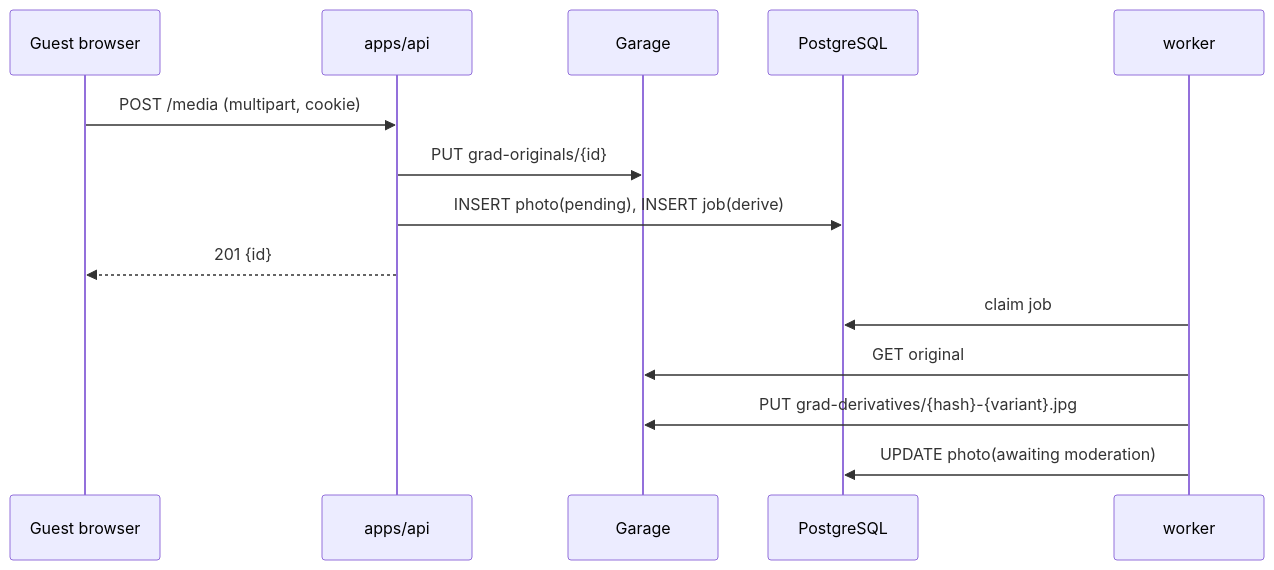
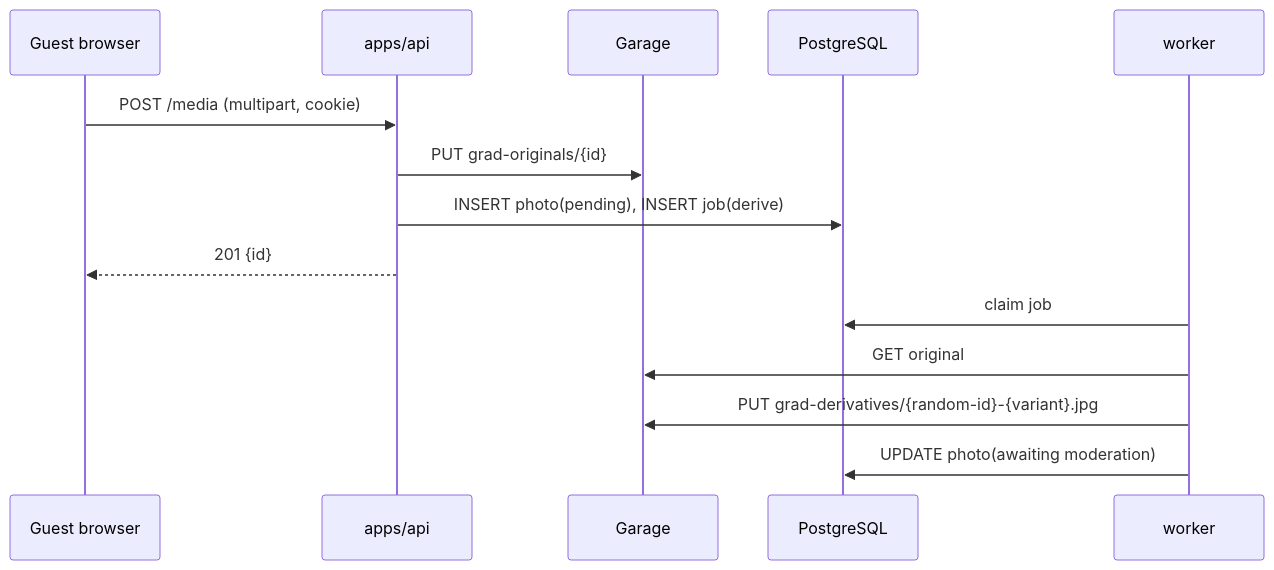
The second of 3 diagrams in docs/architecture/target/use-cases.md (fuisl/vgu-graduation), drawn with Mermaid before and after one commit. The commit also changed other lines of this file and 11 other files, not shown here.

````diff
--- a/docs/architecture/target/use-cases.md
+++ b/docs/architecture/target/use-cases.md
@@ -37,16 +37,16 @@
 ```mermaid
 sequenceDiagram
   participant G as Guest browser
   participant A as apps/api
   participant S as Garage
   participant P as PostgreSQL
   participant W as worker
   G->>A: POST /media (multipart, cookie)
   A->>S: PUT grad-originals/{id}
   A->>P: INSERT photo(pending), INSERT job(derive)
   A-->>G: 201 {id}
   W->>P: claim job
   W->>S: GET original
-  W->>S: PUT grad-derivatives/{hash}-{variant}.jpg
+  W->>S: PUT grad-derivatives/{random-id}-{variant}.jpg
   W->>P: UPDATE photo(awaiting moderation)
 ```
````
